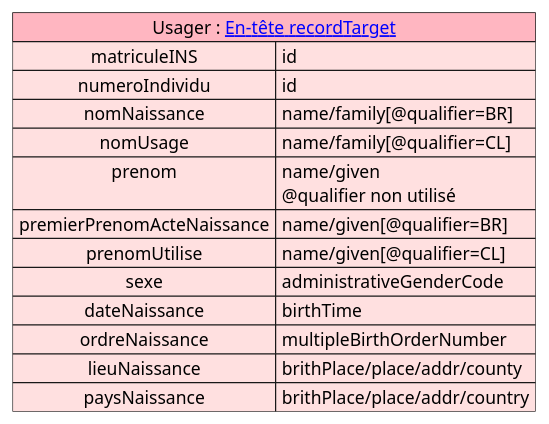
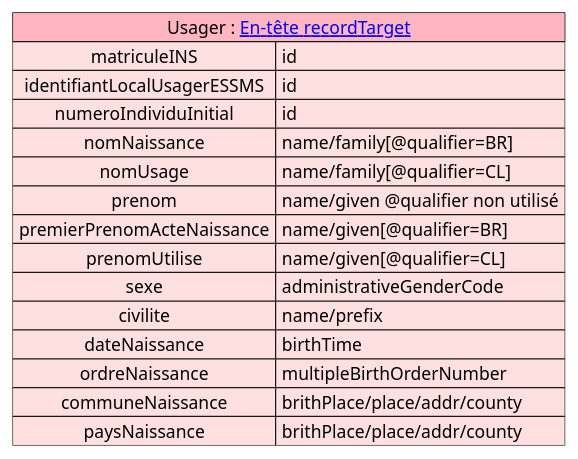
The diagram in input/images-source/mapping_usager.plantuml (ansforge/IG-fhir-transfert-donnees-dui-esms), drawn with PlantUML before and after one commit. The commit also changed 3 other files, not shown here.

```diff
--- a/input/images-source/mapping_usager.plantuml
+++ b/input/images-source/mapping_usager.plantuml
@@ -1,19 +1,21 @@
 @startuml
 
 
 map "Usager : [[contenu_dossier_entete_cda.html En-tête recordTarget]]" as Usager #back:IMPLEMENTATION;header:LightPink {
     matriculeINS => id
-    numeroIndividu => id
+    identifiantLocalUsagerESSMS => id
+    numeroIndividuInitial => id
     nomNaissance => name/family[@qualifier=BR]
     nomUsage => name/family[@qualifier=CL]
-    prenom => name/given \n@qualifier non utilisé
+    prenom => name/given @qualifier non utilisé
     premierPrenomActeNaissance  => name/given[@qualifier=BR]
     prenomUtilise => name/given[@qualifier=CL]
     sexe => administrativeGenderCode
+    civilite => name/prefix
     dateNaissance => birthTime
     ordreNaissance => multipleBirthOrderNumber
-    lieuNaissance => brithPlace/place/addr/county
-    paysNaissance => brithPlace/place/addr/country
+    communeNaissance => brithPlace/place/addr/county
+    paysNaissance => brithPlace/place/addr/county
 }
 
 @enduml
```
